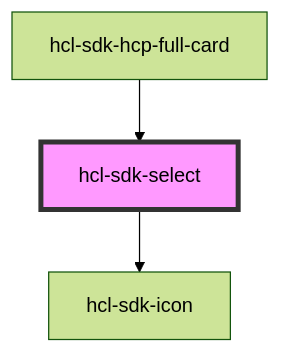
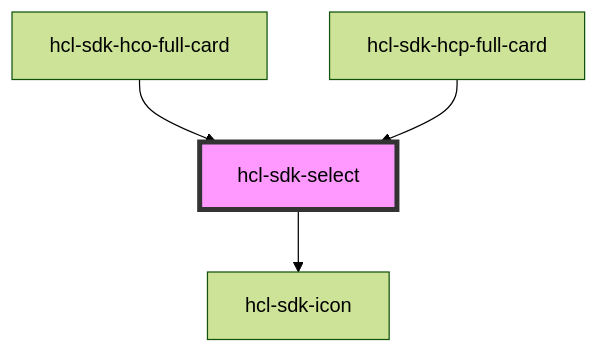
One commit to hcl-sdk/HealthCareLocatorWebSDK changed the diagram in packages/hcl-sdk-web-ui/docs/components/ui-kits/hcl-sdk-select/readme.md. Above: the diagram before and after it, drawn with Mermaid (forest theme). The commit also changed other lines of this file and 10 other files, not shown here.

````diff
--- a/packages/hcl-sdk-web-ui/docs/components/ui-kits/hcl-sdk-select/readme.md
+++ b/packages/hcl-sdk-web-ui/docs/components/ui-kits/hcl-sdk-select/readme.md
@@ -29,6 +30,7 @@
 ```mermaid
 graph TD;
   hcl-sdk-select --> hcl-sdk-icon
+  hcl-sdk-hco-full-card --> hcl-sdk-select
   hcl-sdk-hcp-full-card --> hcl-sdk-select
   style hcl-sdk-select fill:#f9f,stroke:#333,stroke-width:4px
 ```
````
